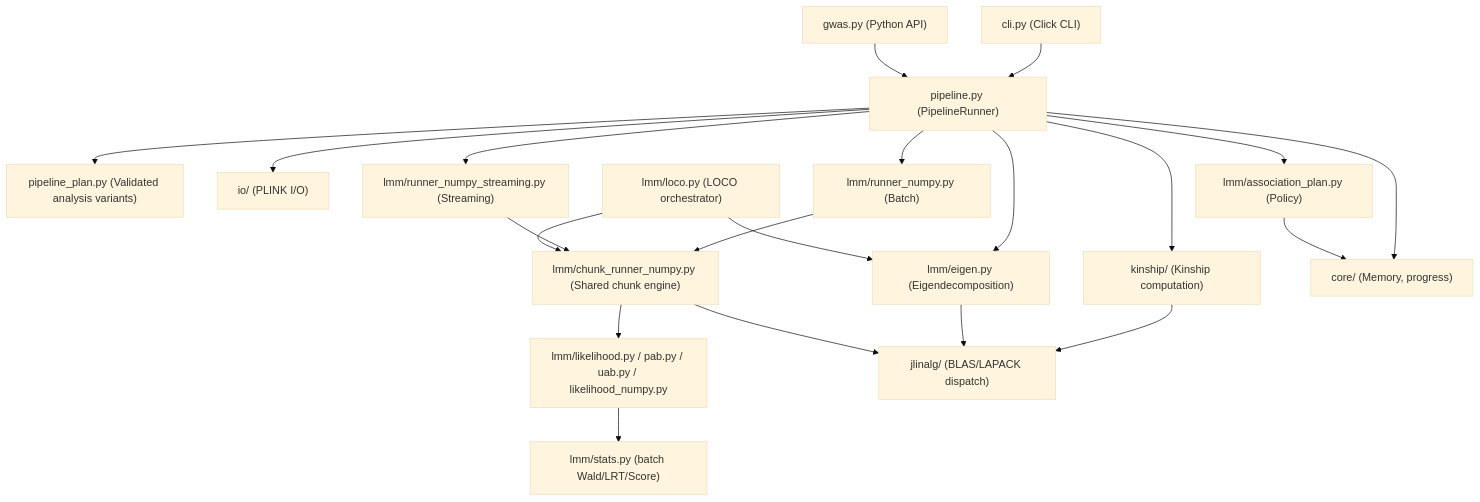
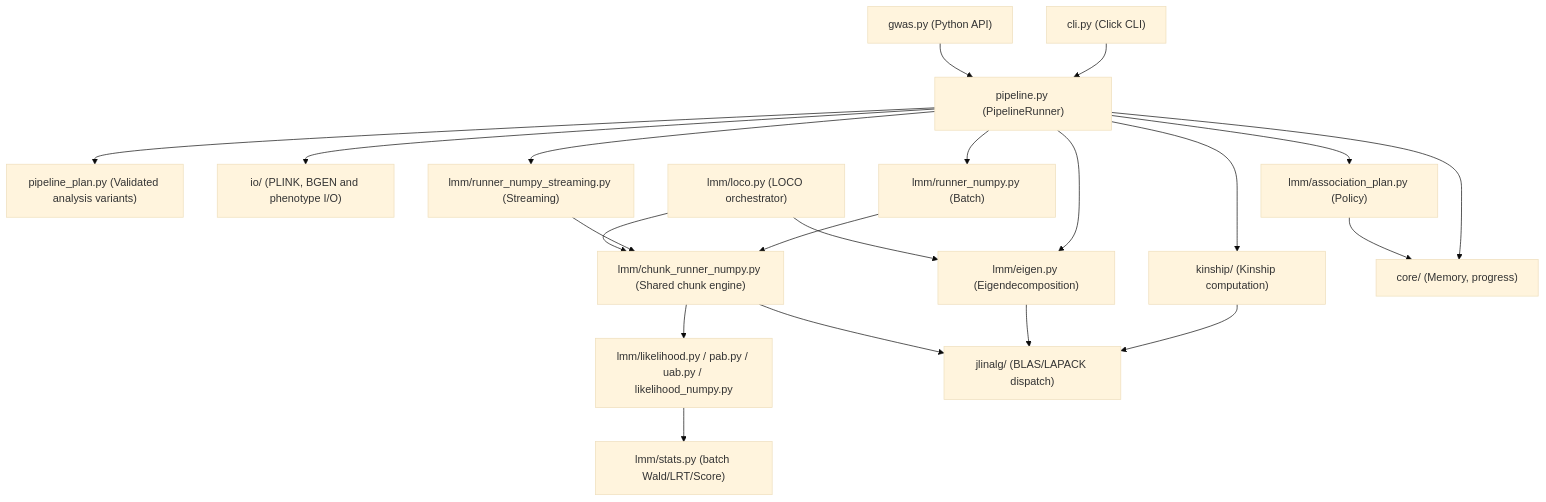
One commit to michael-denyer/jamma changed the diagram in docs/ARCHITECTURE.md. Above: the diagram before and after it, drawn with Mermaid (base theme). The commit also changed other lines of this file and 11 other files, not shown here.

````diff
--- a/docs/ARCHITECTURE.md
+++ b/docs/ARCHITECTURE.md
@@ -9,40 +9,40 @@
 ```mermaid
 graph TD
     CLI["cli.py (Click CLI)"]
     API["gwas.py (Python API)"]
     Pipeline["pipeline.py (PipelineRunner)"]
     AnalysisPlan["pipeline_plan.py (Validated analysis variants)"]
-    IO["io/ (PLINK I/O)"]
+    IO["io/ (PLINK, BGEN and phenotype I/O)"]
     Kinship["kinship/ (Kinship computation)"]
     Eigen["lmm/eigen.py (Eigendecomposition)"]
     Planner["lmm/association_plan.py (Policy)"]
     BatchRunner["lmm/runner_numpy.py (Batch)"]
     StreamRunner["lmm/runner_numpy_streaming.py (Streaming)"]
     ChunkRunner["lmm/chunk_runner_numpy.py (Shared chunk engine)"]
     Likelihood["lmm/likelihood.py / pab.py / uab.py / likelihood_numpy.py"]
     Stats["lmm/stats.py (batch Wald/LRT/Score)"]
     LOCO["lmm/loco.py (LOCO orchestrator)"]
     jlinalg["jlinalg/ (BLAS/LAPACK dispatch)"]
     Core["core/ (Memory, progress)"]
 
     CLI --> Pipeline
     API --> Pipeline
     Pipeline --> AnalysisPlan
     Pipeline --> IO
     Pipeline --> Kinship
     Pipeline --> Eigen
     Pipeline --> Planner
     Pipeline --> BatchRunner
     Pipeline --> StreamRunner
     BatchRunner --> ChunkRunner
     StreamRunner --> ChunkRunner
     ChunkRunner --> Likelihood
     Likelihood --> Stats
     LOCO --> Eigen
     LOCO --> ChunkRunner
     Kinship --> jlinalg
     Eigen --> jlinalg
     ChunkRunner --> jlinalg
     Pipeline --> Core
     Planner --> Core
 ```
````
